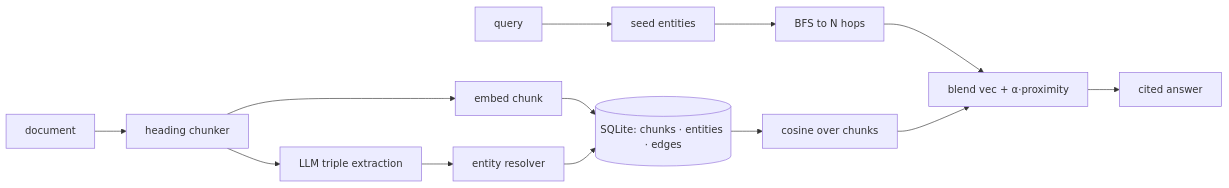
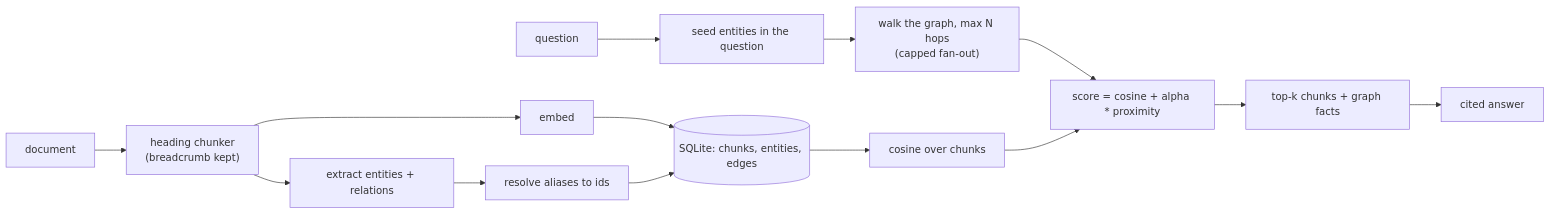
One commit to darrshangovender/rag-graph changed the diagram in README.md. Above: the diagram before and after it, drawn with Mermaid. The commit also changed other lines of this file and 28 other files, not shown here.

````diff
--- a/README.md
+++ b/README.md
@@ -47,15 +62,16 @@
 ```mermaid
 flowchart LR
-    D[document] --> C[heading chunker]
-    C --> EM[embed chunk]
-    C --> EX[LLM triple extraction]
-    EX --> RS[entity resolver]
-    EM --> DB[("SQLite: chunks · entities · edges")]
+    D[document] --> C["heading chunker<br/>(breadcrumb kept)"]
+    C --> EM[embed]
+    C --> EX[extract entities + relations]
+    EX --> RS[resolve aliases to ids]
+    EM --> DB[("SQLite: chunks, entities, edges")]
     RS --> DB
-    Q[query] --> SD[seed entities]
-    SD --> BF[BFS to N hops]
+    Q[question] --> SD[seed entities in the question]
+    SD --> BF["walk the graph, max N hops<br/>(capped fan-out)"]
     DB --> VK[cosine over chunks]
-    BF --> BL[blend vec + α·proximity]
+    BF --> BL["score = cosine + alpha * proximity"]
     VK --> BL
-    BL --> AN[cited answer]
+    BL --> CX["top-k chunks + graph facts"]
+    CX --> AN[cited answer]
 ```
````
